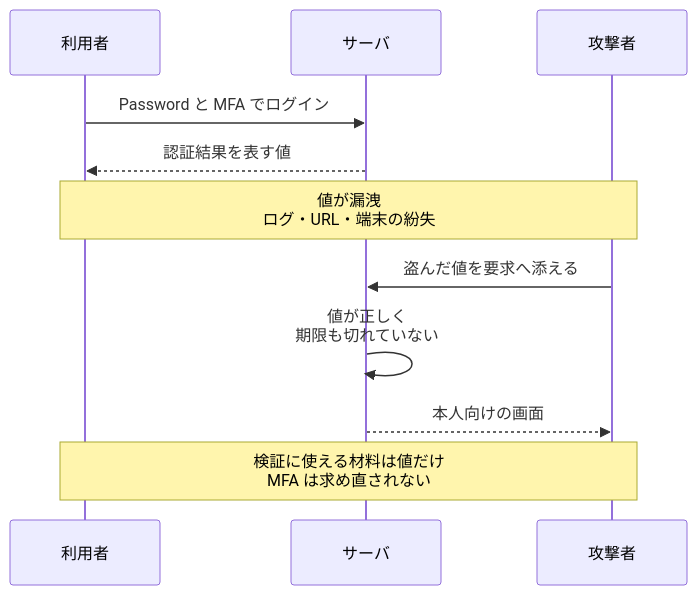
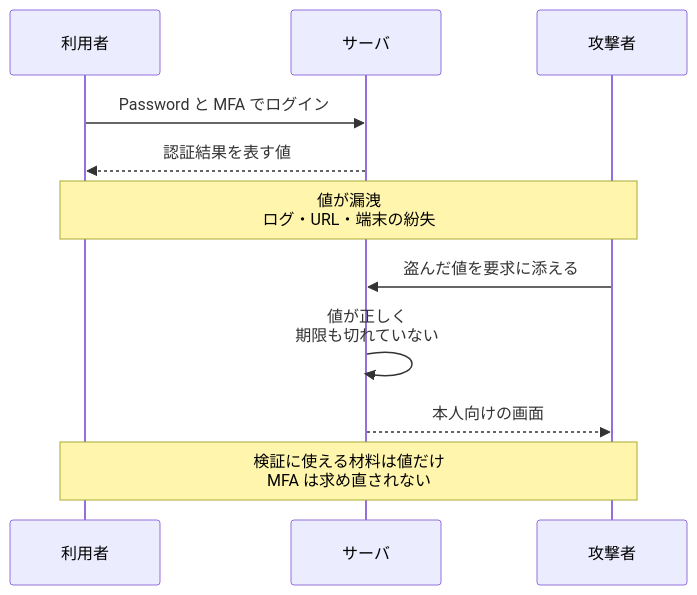
One commit to nao1215/debimate changed the fifth of 7 diagrams in content/notes/security/authentication/index.md. Above: the diagram before and after it, drawn with Mermaid. The commit also changed other lines of this file and 46 other files, not shown here.

````diff
--- a/content/notes/security/authentication/index.md
+++ b/content/notes/security/authentication/index.md
@@ -129,13 +129,13 @@
 ```mermaid
 sequenceDiagram
     participant U as 利用者
     participant S as サーバ
     participant A as 攻撃者
     U->>S: Password と MFA でログイン
     S-->>U: 認証結果を表す値
     Note over U,A: 値が漏洩<br/>ログ・URL・端末の紛失
-    A->>S: 盗んだ値を要求へ添える
+    A->>S: 盗んだ値を要求に添える
     S->>S: 値が正しく<br/>期限も切れていない
     S-->>A: 本人向けの画面
     Note over U,A: 検証に使える材料は値だけ<br/>MFA は求め直されない
 ```
````
